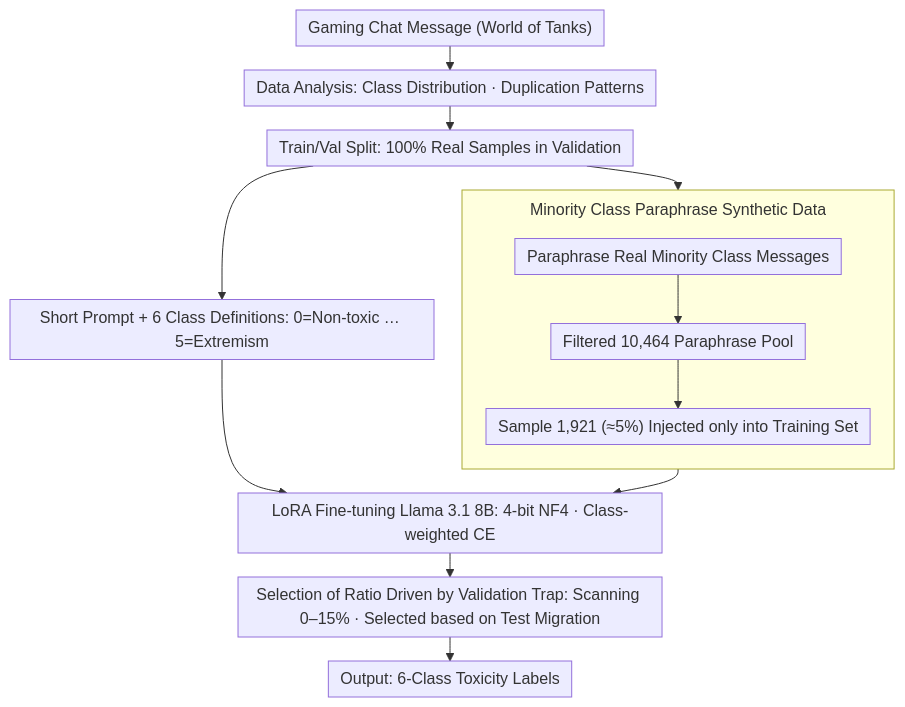
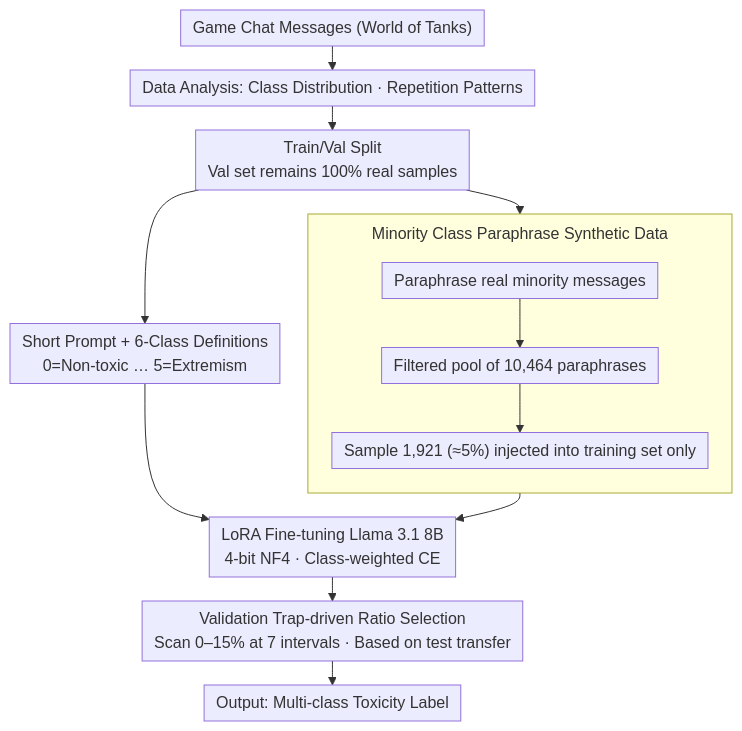
The diagram in docs/ACL2026/social_computing/pskeeuca_2026_fine-tuning_large_language_models_with_synthetic_data_augmentation.md (zhaoyang97/Paper-Notes-en), drawn with Mermaid before and after one commit. The commit also changed other lines of this file and 5084 other files, not shown here.

````diff
--- a/docs/ACL2026/social_computing/pskeeuca_2026_fine-tuning_large_language_models_with_synthetic_data_augmentation.md
+++ b/docs/ACL2026/social_computing/pskeeuca_2026_fine-tuning_large_language_models_with_synthetic_data_augmentation.md
@@ -42,17 +42,17 @@
 ```mermaid
 %%{init: {'flowchart': {'rankSpacing': 24, 'nodeSpacing': 28, 'padding': 6, 'wrappingWidth': 400, 'subGraphTitleMargin': {'top': 8, 'bottom': 16}}}}%%
 flowchart TD
-    A["Gaming Chat Message (World of Tanks)"] --> B["Data Analysis: Class Distribution · Duplication Patterns"]
-    B --> C["Train/Val Split: 100% Real Samples in Validation"]
-    C --> P["Short Prompt + 6 Class Definitions: 0=Non-toxic … 5=Extremism"]
+    A["Game Chat Messages (World of Tanks)"] --> B["Data Analysis: Class Distribution · Repetition Patterns"]
+    B --> C["Train/Val Split<br/>Val set remains 100% real samples"]
+    C --> P["Short Prompt + 6-Class Definitions<br/>0=Non-toxic … 5=Extremism"]
     subgraph SYN["Minority Class Paraphrase Synthetic Data"]
         direction TB
-        D["Paraphrase Real Minority Class Messages"] --> E["Filtered 10,464 Paraphrase Pool"]
-        E --> F["Sample 1,921 (≈5%) Injected only into Training Set"]
+        D["Paraphrase real minority messages"] --> E["Filtered pool of 10,464 paraphrases"]
+        E --> F["Sample 1,921 (≈5%) injected into training set only"]
     end
     C --> SYN
-    P --> T["LoRA Fine-tuning Llama 3.1 8B: 4-bit NF4 · Class-weighted CE"]
+    P --> T["LoRA Fine-tuning Llama 3.1 8B<br/>4-bit NF4 · Class-weighted CE"]
     SYN --> T
-    T --> J["Selection of Ratio Driven by Validation Trap: Scanning 0–15% · Selected based on Test Migration"]
-    J --> K["Output: 6-Class Toxicity Labels"]
+    T --> J["Validation Trap-driven Ratio Selection<br/>Scan 0–15% at 7 intervals · Based on test transfer"]
+    J --> K["Output: Multi-class Toxicity Label"]
 ```
````
